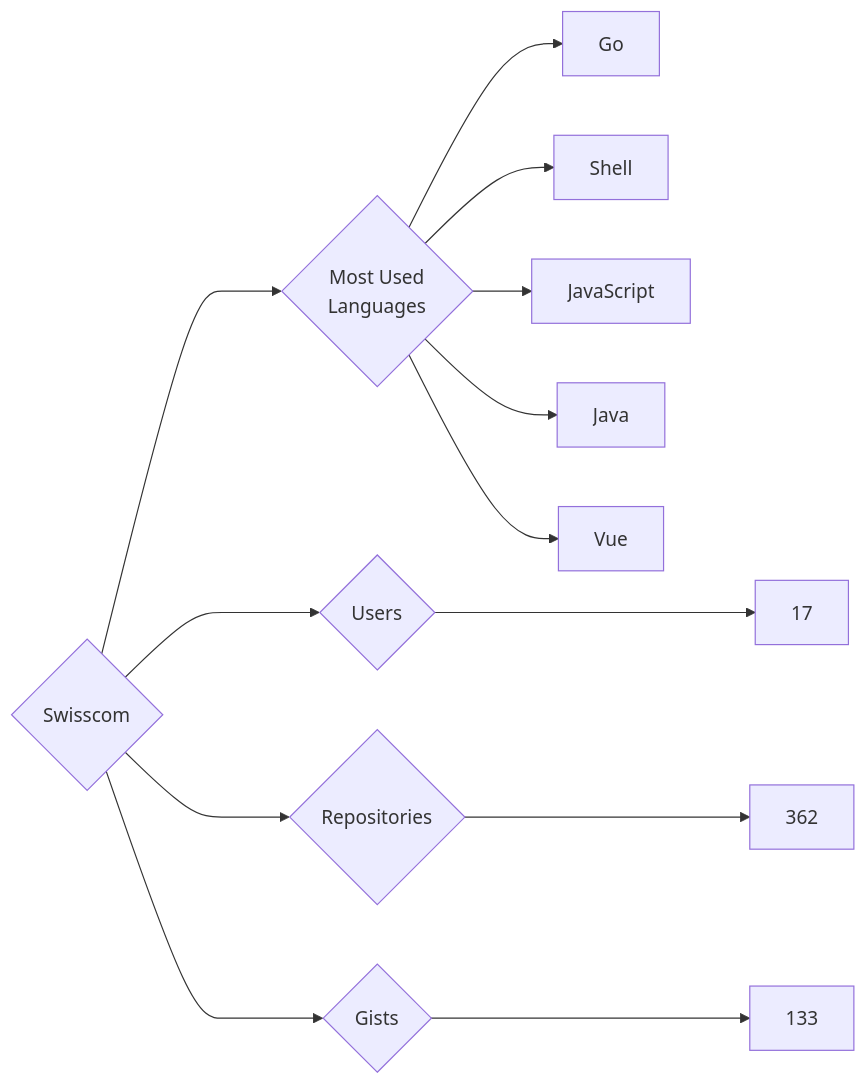
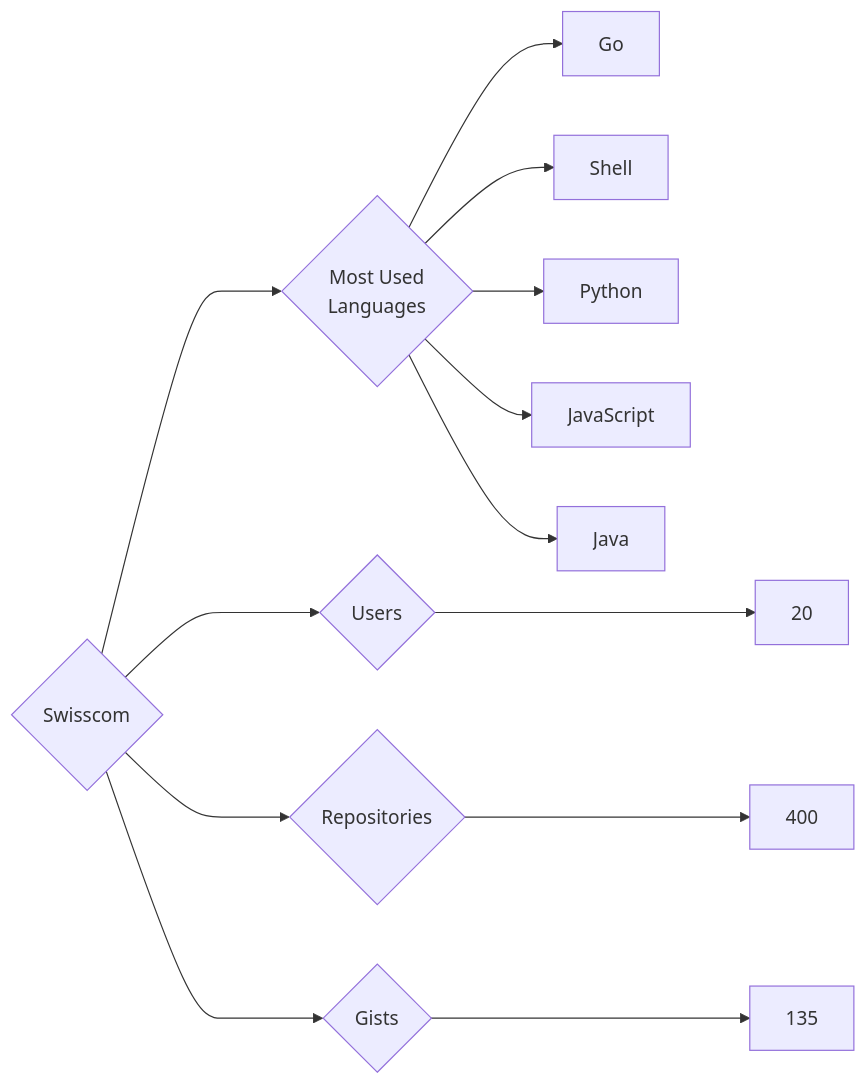
One commit to trickest/insiders changed the diagram in targets/Swisscom/README.md. Above: the diagram before and after it, drawn with Mermaid. The commit also changed 794 other files, not shown here.

````diff
--- a/targets/Swisscom/README.md
+++ b/targets/Swisscom/README.md
@@ -3,13 +3,13 @@
 ```mermaid
 graph LR
 COMPANY_NAME{Swisscom}
-COMPANY_NAME ---> U{Users} ---> UN[17]
-COMPANY_NAME ---> R{Repositories} ---> RN[362]
-COMPANY_NAME ---> G{Gists} ---> GN[133]
+COMPANY_NAME ---> U{Users} ---> UN[20]
+COMPANY_NAME ---> R{Repositories} ---> RN[400]
+COMPANY_NAME ---> G{Gists} ---> GN[135]
 COMPANY_NAME ---> ML{Most Used<br>Languages}
 ML --> Go[Go]
 ML --> Shell[Shell]
+ML --> Python[Python]
 ML --> JavaScript[JavaScript]
 ML --> Java[Java]
-ML --> Vue[Vue]
 ```
````
